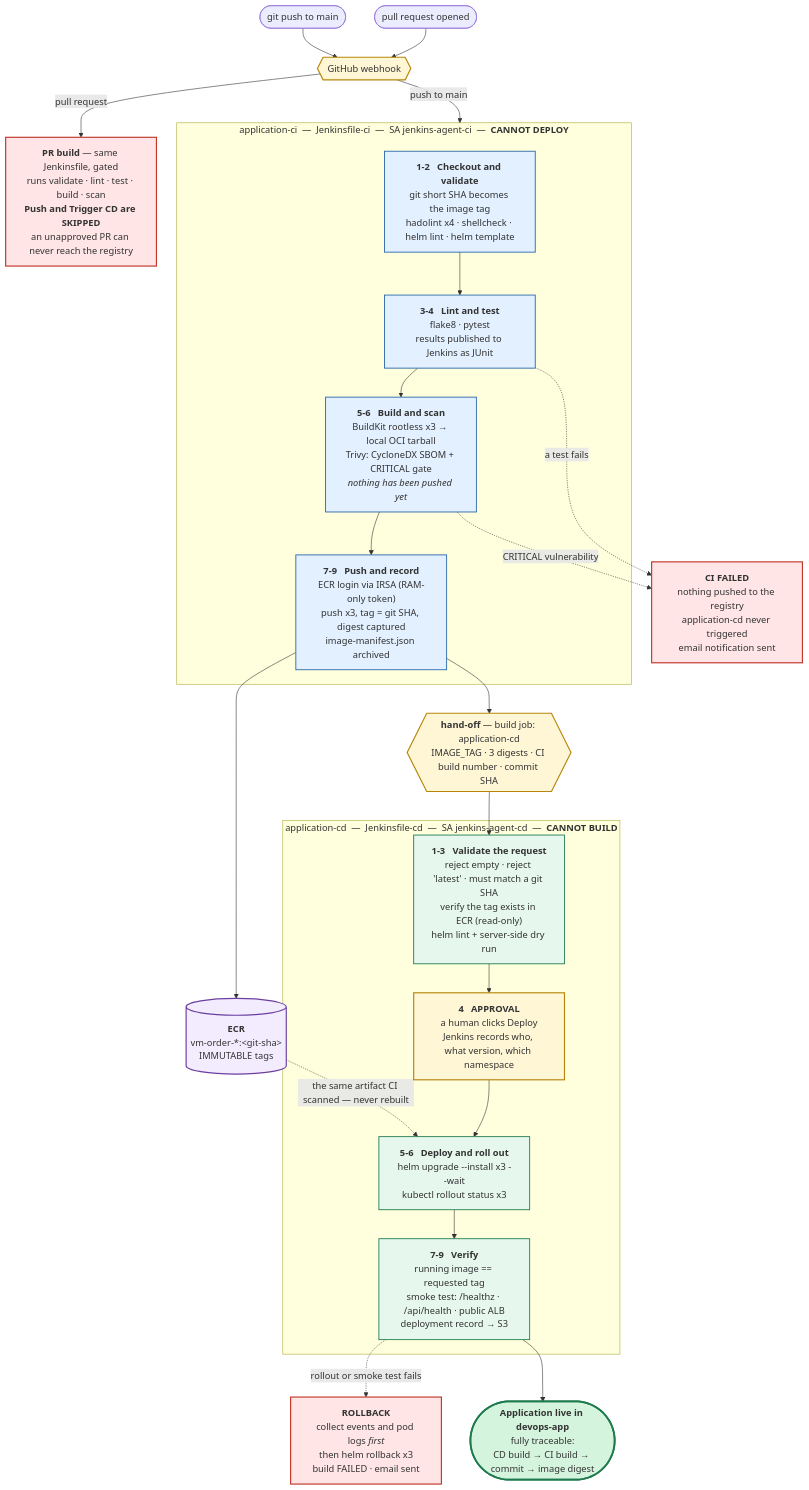
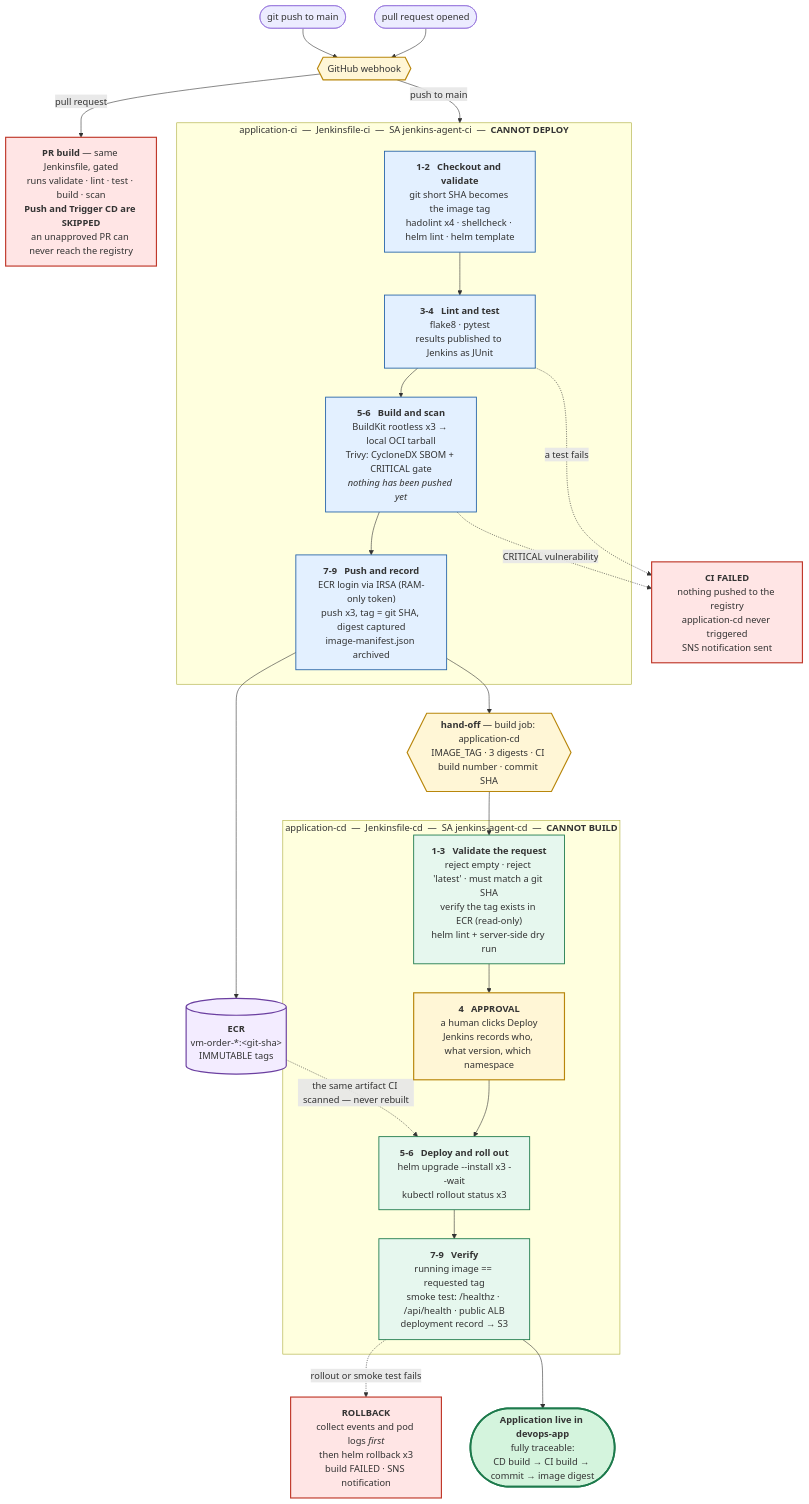
One commit to nikgitnikgit/VMOrderPortal_Phase4_AWS_EKS_With_Jenkins-CI-CD changed the diagram in docs/architecture-pipeline.mmd. Above: the diagram before and after it, drawn with Mermaid. The commit also changed 10 other files, not shown here.

First line of the commit message:
fix(notify): publish build notifications to SNS instead of blocked SES SMTP

```diff
--- a/docs/architecture-pipeline.mmd
+++ b/docs/architecture-pipeline.mmd
@@ -1,63 +1,63 @@
 %% docs/architecture-pipeline.mmd — Pipeline Flow
 %% The logical order from commit to running application, and the hard
 %% boundary between CI and CD.
 flowchart TB
 
     PUSH(["git push to main"])
     PRQ(["pull request opened"])
     HOOK{{"GitHub webhook"}}
     PUSH --> HOOK
     PRQ --> HOOK
 
     HOOK -->|pull request| PRGATE["<b>PR build</b> — same Jenkinsfile, gated<br/>runs validate · lint · test · build · scan<br/><b>Push and Trigger CD are SKIPPED</b><br/>an unapproved PR can never reach the registry"]
 
     HOOK -->|push to main| CI
 
     subgraph CI["application-ci &nbsp;—&nbsp; Jenkinsfile-ci &nbsp;—&nbsp; SA jenkins-agent-ci &nbsp;—&nbsp; <b>CANNOT DEPLOY</b>"]
         C1["<b>1-2 &nbsp; Checkout and validate</b><br/>git short SHA becomes the image tag<br/>hadolint x4 · shellcheck · helm lint · helm template"]
         C2["<b>3-4 &nbsp; Lint and test</b><br/>flake8 · pytest<br/>results published to Jenkins as JUnit"]
         C3["<b>5-6 &nbsp; Build and scan</b><br/>BuildKit rootless x3 → local OCI tarball<br/>Trivy: CycloneDX SBOM + CRITICAL gate<br/><i>nothing has been pushed yet</i>"]
         C4["<b>7-9 &nbsp; Push and record</b><br/>ECR login via IRSA (RAM-only token)<br/>push x3, tag = git SHA, digest captured<br/>image-manifest.json archived"]
         C1 --> C2 --> C3 --> C4
     end
 
     REG[("<b>ECR</b><br/>vm-order-*:&lt;git-sha&gt;<br/>IMMUTABLE tags")]
     C4 --> REG
 
     HANDOFF{{"<b>hand-off</b> — build job: application-cd<br/>IMAGE_TAG · 3 digests · CI build number · commit SHA"}}
     C4 --> HANDOFF
 
     subgraph CD["application-cd &nbsp;—&nbsp; Jenkinsfile-cd &nbsp;—&nbsp; SA jenkins-agent-cd &nbsp;—&nbsp; <b>CANNOT BUILD</b>"]
         D1["<b>1-3 &nbsp; Validate the request</b><br/>reject empty · reject 'latest' · must match a git SHA<br/>verify the tag exists in ECR (read-only)<br/>helm lint + server-side dry run"]
         D2["<b>4 &nbsp; APPROVAL</b><br/>a human clicks Deploy<br/>Jenkins records who, what version, which namespace"]
         D3["<b>5-6 &nbsp; Deploy and roll out</b><br/>helm upgrade --install x3 --wait<br/>kubectl rollout status x3"]
         D4["<b>7-9 &nbsp; Verify</b><br/>running image == requested tag<br/>smoke test: /healthz · /api/health · public ALB<br/>deployment record → S3"]
         D1 --> D2 --> D3 --> D4
     end
 
     HANDOFF --> D1
     REG -.->|"the same artifact CI scanned — never rebuilt"| D3
 
-    FAILCI["<b>CI FAILED</b><br/>nothing pushed to the registry<br/>application-cd never triggered<br/>email notification sent"]
+    FAILCI["<b>CI FAILED</b><br/>nothing pushed to the registry<br/>application-cd never triggered<br/>SNS notification sent"]
     C2 -.->|a test fails| FAILCI
     C3 -.->|CRITICAL vulnerability| FAILCI
 
-    FAILCD["<b>ROLLBACK</b><br/>collect events and pod logs <i>first</i><br/>then helm rollback x3<br/>build FAILED · email sent"]
+    FAILCD["<b>ROLLBACK</b><br/>collect events and pod logs <i>first</i><br/>then helm rollback x3<br/>build FAILED · SNS notification"]
     D4 -.->|rollout or smoke test fails| FAILCD
 
     LIVE(["<b>Application live in devops-app</b><br/>fully traceable:<br/>CD build → CI build → commit → image digest"])
     D4 --> LIVE
 
     classDef ci fill:#e3f0ff,stroke:#2563a8,stroke-width:1.5px
     classDef cd fill:#e6f7ee,stroke:#1d7a4c,stroke-width:1.5px
     classDef bad fill:#ffe5e5,stroke:#c0392b,stroke-width:2px
     classDef good fill:#d4f4dd,stroke:#1d7a4c,stroke-width:3px
     classDef gate fill:#fff6d6,stroke:#b8860b,stroke-width:2px
     classDef store fill:#f3ecff,stroke:#6b3fa0,stroke-width:2px
 
     class C1,C2,C3,C4 ci
     class D1,D3,D4 cd
     class FAILCI,FAILCD,PRGATE bad
     class LIVE good
     class D2,HANDOFF,HOOK gate
     class REG store
```
